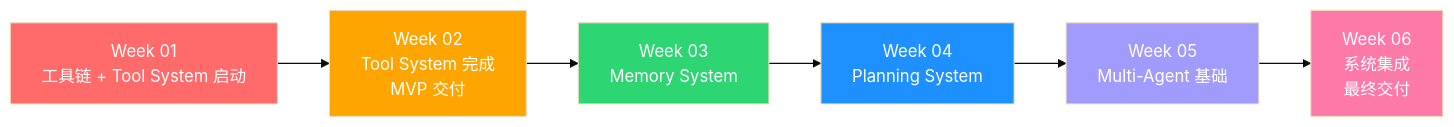
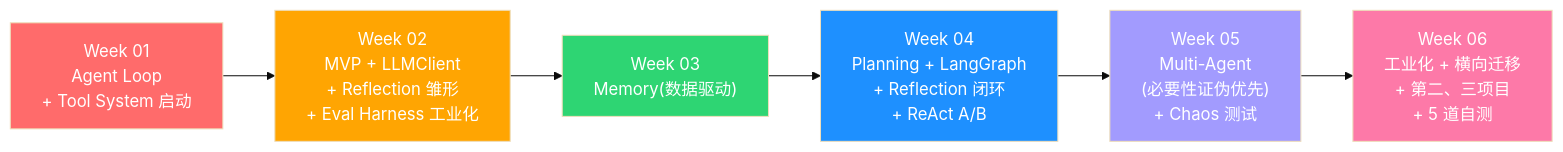
Before and after one commit to YogeLiu/agent_guidance: the diagram in Agent-Learning/INDEX.md, drawn with Mermaid (base theme). The commit also changed other lines of this file and 10 other files, not shown here.

````diff
--- a/Agent-Learning/INDEX.md
+++ b/Agent-Learning/INDEX.md
@@ -22,15 +31,15 @@
 ```mermaid
 graph LR
-    W1["Week 01\n工具链 + Tool System 启动"] --> W2["Week 02\nTool System 完成\nMVP 交付"]
-    W2 --> W3["Week 03\nMemory System"]
-    W3 --> W4["Week 04\nPlanning System"]
-    W4 --> W5["Week 05\nMulti-Agent 基础"]
-    W5 --> W6["Week 06\n系统集成\n最终交付"]
+    W1["Week 01\nAgent Loop\n+ Tool System 启动"] --> W2["Week 02\nMVP + LLMClient\n+ Reflection 雏形\n+ Eval Harness 工业化"]
+    W2 --> W3["Week 03\nMemory(数据驱动)"]
+    W3 --> W4["Week 04\nPlanning + LangGraph\n+ Reflection 闭环\n+ ReAct A/B"]
+    W4 --> W5["Week 05\nMulti-Agent\n(必要性证伪优先)\n+ Chaos 测试"]
+    W5 --> W6["Week 06\n工业化 + 横向迁移\n+ 第二、三项目\n+ 5 道自测"]
 
     style W1 fill:#ff6b6b,color:#fff
     style W2 fill:#ffa502,color:#fff
     style W3 fill:#2ed573,color:#fff
     style W4 fill:#1e90ff,color:#fff
     style W5 fill:#a29bfe,color:#fff
     style W6 fill:#fd79a8,color:#fff
 ```
````
